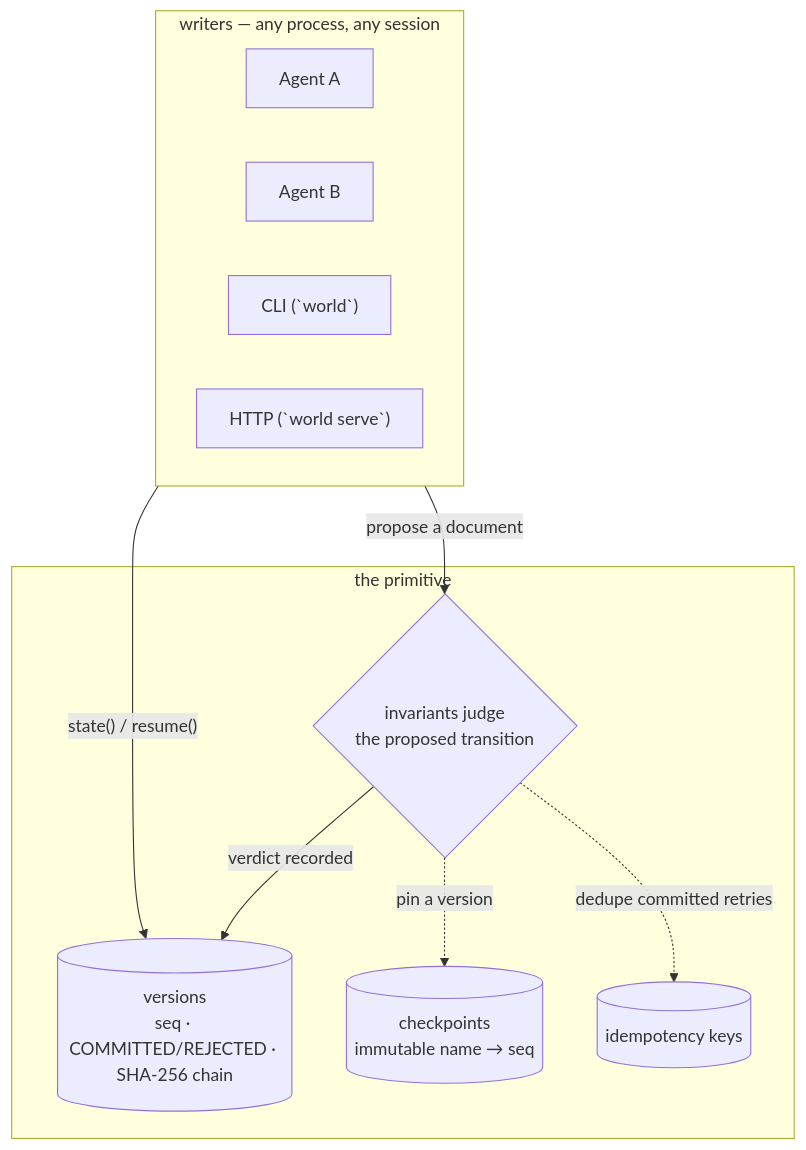
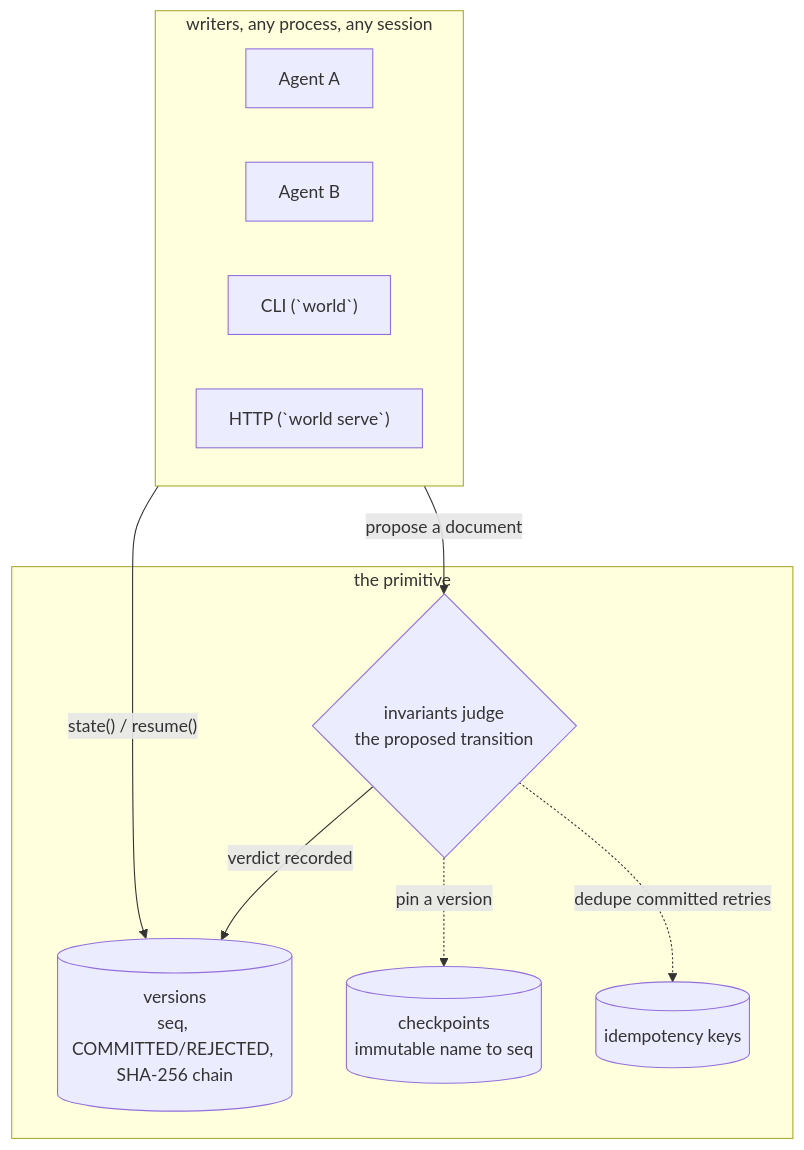
Before and after one commit to RosarioM123/world-workstate-infrastructure: the diagram in README.md, drawn with Mermaid. The commit also changed other lines of this file and 7 other files, not shown here.

````diff
--- a/README.md
+++ b/README.md
@@ -107,20 +160,20 @@
 ```mermaid
 flowchart TB
-    subgraph writers["writers — any process, any session"]
+    subgraph writers["writers, any process, any session"]
         A["Agent A"]
         B["Agent B"]
         C["CLI (`world`)"]
         S["HTTP (`world serve`)"]
     end
     subgraph primitive["the primitive"]
         J{"invariants judge\nthe proposed transition"}
-        L[("versions\nseq · COMMITTED/REJECTED · SHA-256 chain")]
-        P[("checkpoints\nimmutable name → seq")]
+        L[("versions\nseq, COMMITTED/REJECTED, SHA-256 chain")]
+        P[("checkpoints\nimmutable name to seq")]
         K[("idempotency keys")]
     end
     writers -->|"propose a document"| J
     J -->|"verdict recorded"| L
     J -.->|"pin a version"| P
     writers -->|"state() / resume()"| L
     J -.->|"dedupe committed retries"| K
 ```
````
